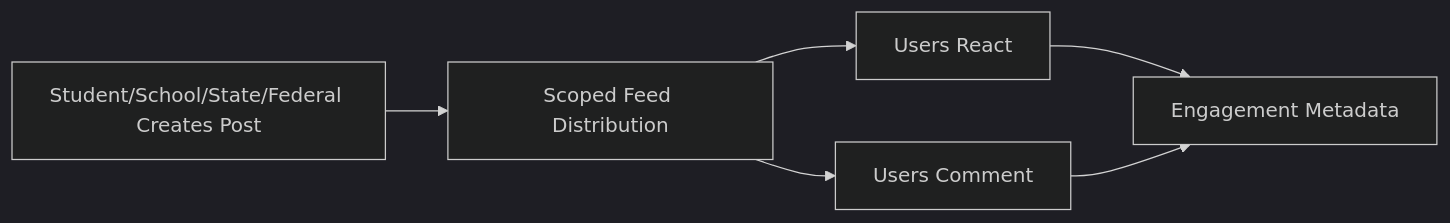
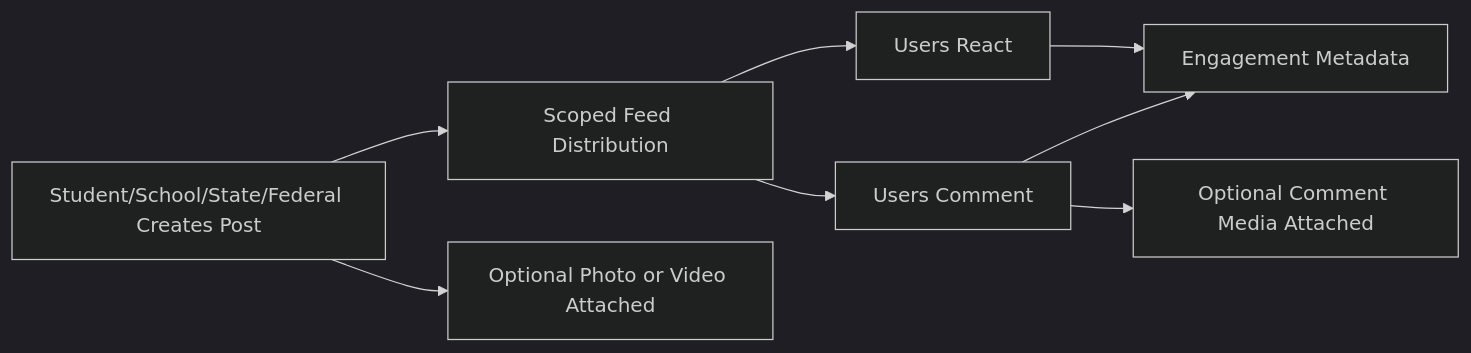
The third of 6 diagrams in docs/04_PROCESS_FLOW_CURRENT_VS_END_GOAL.md (Chukz-fegorson/student-todo-management-app), drawn with Mermaid (dark theme) before and after one commit. The commit also changed other lines of this file and 15 other files, not shown here.

````diff
--- a/docs/04_PROCESS_FLOW_CURRENT_VS_END_GOAL.md
+++ b/docs/04_PROCESS_FLOW_CURRENT_VS_END_GOAL.md
@@ -45,8 +45,10 @@
 ```mermaid
 flowchart LR
   A[Student/School/State/Federal Creates Post] --> B[Scoped Feed Distribution]
+  A --> A1[Optional Photo or Video Attached]
   B --> C[Users React]
   B --> D[Users Comment]
+  D --> D1[Optional Comment Media Attached]
   C --> E[Engagement Metadata]
   D --> E
 ```
````
